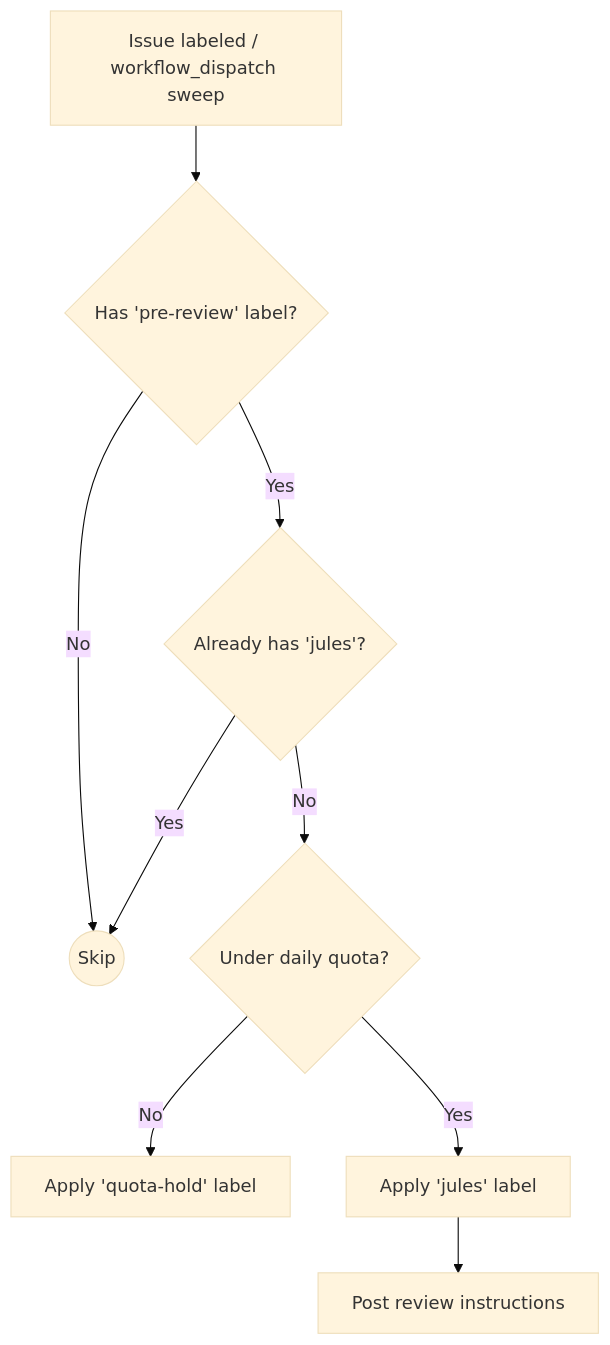
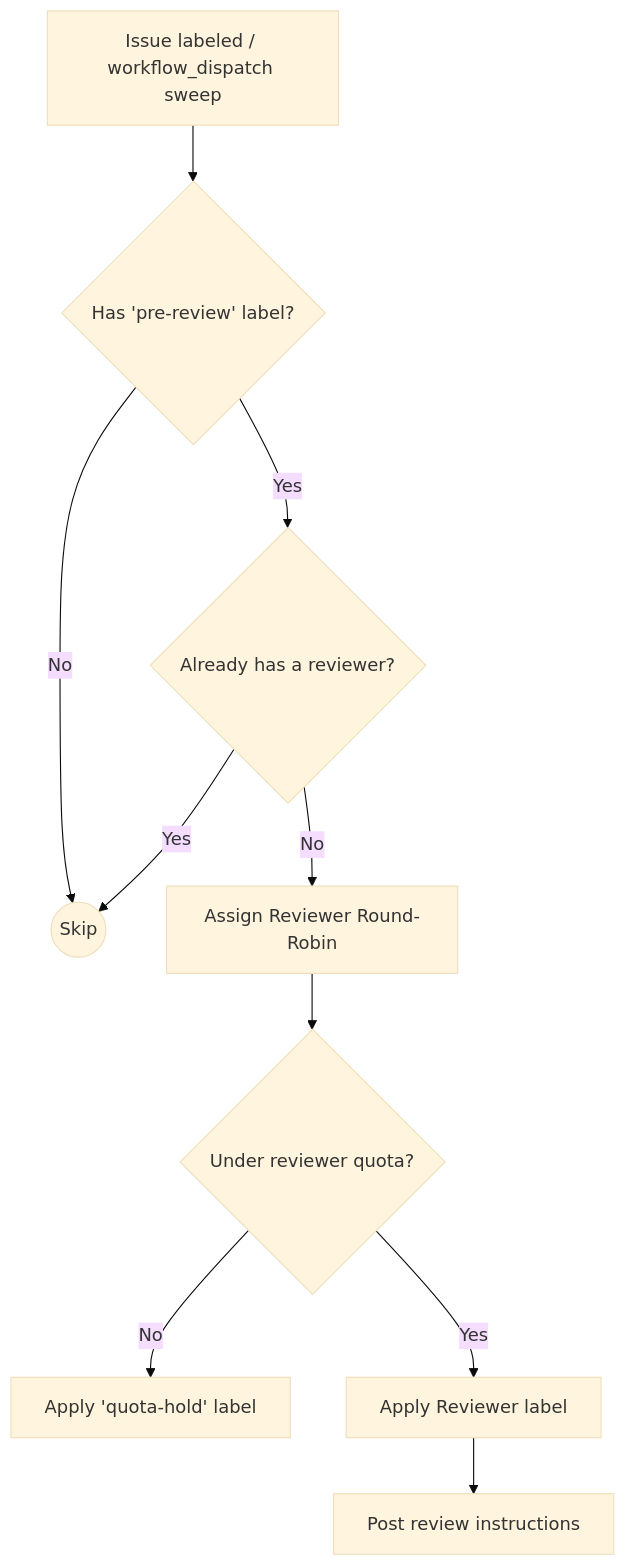
One commit to LokiMetaSmith/keystone-polyphony changed the fourth of 6 diagrams in docs/ci-cd.md. Above: the diagram before and after it, drawn with Mermaid (base theme). The commit also changed other lines of this file and 4 other files, not shown here.

````diff
--- a/docs/ci-cd.md
+++ b/docs/ci-cd.md
@@ -74,11 +74,12 @@
 ```mermaid
 graph TD
     A[Issue labeled / workflow_dispatch sweep] --> B{Has 'pre-review' label?}
     B -- No --> Skip((Skip))
-    B -- Yes --> C{Already has 'jules'?}
+    B -- Yes --> C{Already has a reviewer?}
     C -- Yes --> Skip
-    C -- No --> D{Under daily quota?}
-    D -- No --> E[Apply 'quota-hold' label]
-    D -- Yes --> F[Apply 'jules' label]
-    F --> G[Post review instructions]
+    C -- No --> D[Assign Reviewer Round-Robin]
+    D --> E{Under reviewer quota?}
+    E -- No --> F[Apply 'quota-hold' label]
+    E -- Yes --> G[Apply Reviewer label]
+    G --> H[Post review instructions]
 ```
````
